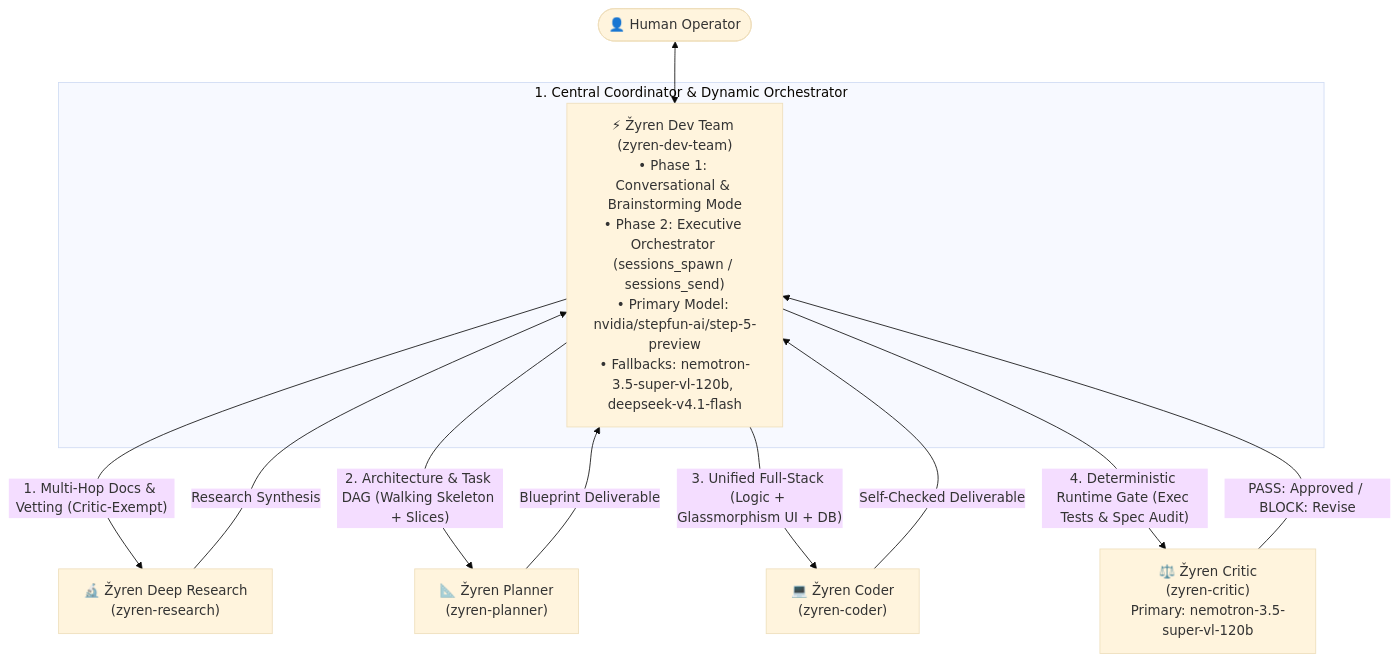
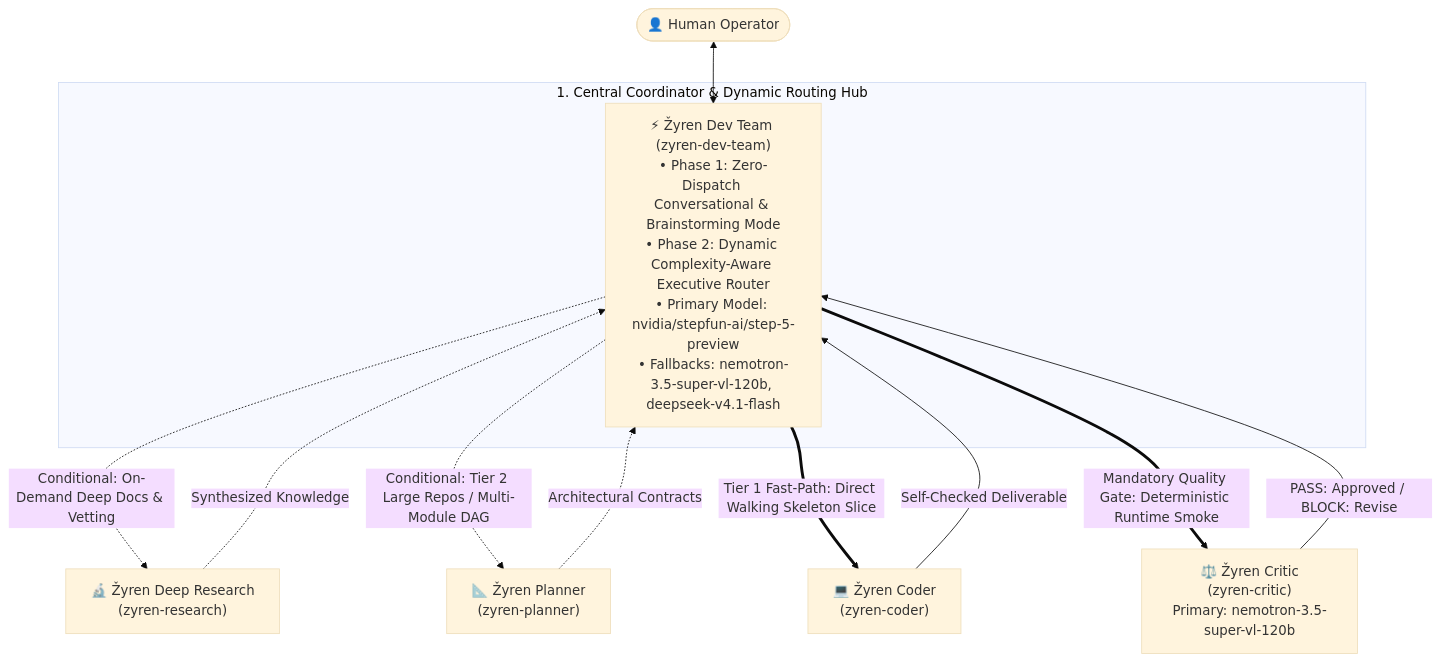
Before and after one commit to MONaser04/ZyrenClaw: the second of 2 diagrams in README.md, drawn with Mermaid (base theme). The commit also changed other lines of this file, not shown here.

Commit message:
docs: clarify Dynamic Tier Routing and Fast-Path latency optimization in Section 4

````diff
--- a/README.md
+++ b/README.md
@@ -260,18 +260,19 @@
 ```mermaid
 flowchart TD
     User(["👤 Human Operator"]) <--> Hub
 
-    subgraph Hub_Node["1. Central Coordinator & Dynamic Orchestrator"]
-        Hub["⚡ Žyren Dev Team (zyren-dev-team)<br/>• Phase 1: Conversational & Brainstorming Mode<br/>• Phase 2: Executive Orchestrator (sessions_spawn / sessions_send)<br/>• Primary Model: nvidia/stepfun-ai/step-5-preview<br/>• Fallbacks: nemotron-3.5-super-vl-120b, deepseek-v4.1-flash"]
+    subgraph Hub_Node["1. Central Coordinator & Dynamic Routing Hub"]
+        Hub["⚡ Žyren Dev Team (zyren-dev-team)<br/>• Phase 1: Zero-Dispatch Conversational & Brainstorming Mode<br/>• Phase 2: Dynamic Complexity-Aware Executive Router<br/>• Primary Model: nvidia/stepfun-ai/step-5-preview<br/>• Fallbacks: nemotron-3.5-super-vl-120b, deepseek-v4.1-flash"]
     end
 
-    Hub -->|"1. Multi-Hop Docs & Vetting (Critic-Exempt)"| Res["🔬 Žyren Deep Research<br/>(zyren-research)"]
-    Hub -->|"2. Architecture & Task DAG (Walking Skeleton + Slices)"| Plan["📐 Žyren Planner<br/>(zyren-planner)"]
-    Hub -->|"3. Unified Full-Stack (Logic + Glassmorphism UI + DB)"| Coder["💻 Žyren Coder<br/>(zyren-coder)"]
-    Hub -->|"4. Deterministic Runtime Gate (Exec Tests & Spec Audit)"| Critic["⚖️ Žyren Critic<br/>(zyren-critic)<br/>Primary: nemotron-3.5-super-vl-120b"]
+    %% Dynamic Tier-Aware Dispatch: Dotted for Conditional, Thick for Primary Fast-Path
+    Hub -.->|"Conditional: On-Demand Deep Docs & Vetting"| Res["🔬 Žyren Deep Research<br/>(zyren-research)"]
+    Hub -.->|"Conditional: Tier 2 Large Repos / Multi-Module DAG"| Plan["📐 Žyren Planner<br/>(zyren-planner)"]
+    Hub ==>|"Tier 1 Fast-Path: Direct Walking Skeleton Slice"| Coder["💻 Žyren Coder<br/>(zyren-coder)"]
+    Hub ==>|"Mandatory Quality Gate: Deterministic Runtime Smoke"| Critic["⚖️ Žyren Critic<br/>(zyren-critic)<br/>Primary: nemotron-3.5-super-vl-120b"]
 
-    Res -->|Research Synthesis| Hub
-    Plan -->|Blueprint Deliverable| Hub
+    Res -.->|Synthesized Knowledge| Hub
+    Plan -.->|Architectural Contracts| Hub
     Coder -->|Self-Checked Deliverable| Hub
     Critic -->|PASS: Approved / BLOCK: Revise| Hub
 ```
````
